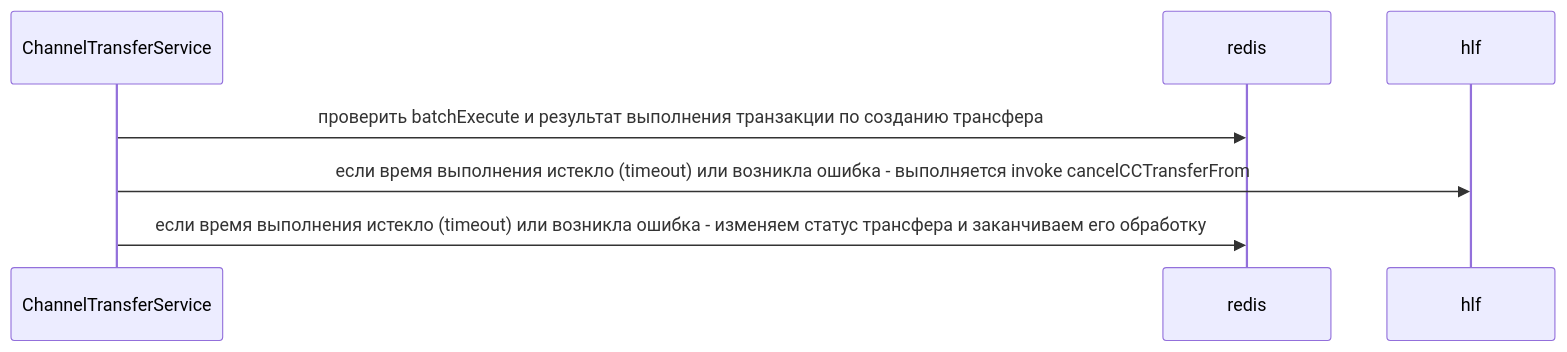
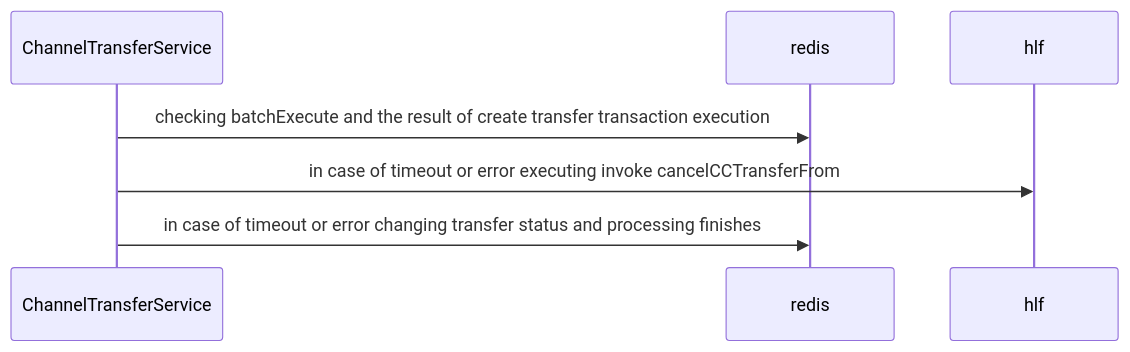
The sixth of 11 diagrams in doc/channelTransferService.md (anoideaopen/channel-transfer), drawn with Mermaid before and after one commit. The commit also changed other lines of this file and 71 other files, not shown here.

````diff
--- a/doc/channelTransferService.md
+++ b/doc/channelTransferService.md
@@ -69,7 +70,7 @@
 ```mermaid
 sequenceDiagram
-    ChannelTransferService ->> redis: проверить batchExecute и результат выполнения транзакции по созданию трансфера
-    ChannelTransferService ->> hlf: если время выполнения истекло (timeout) или возникла ошибка - выполняется invoke cancelCCTransferFrom
-    ChannelTransferService ->> redis: если время выполнения истекло (timeout) или возникла ошибка - изменяем статус трансфера и заканчиваем его обработку 
+    ChannelTransferService ->> redis: checking batchExecute and the result of create transfer transaction execution
+    ChannelTransferService ->> hlf: in case of timeout or error executing invoke cancelCCTransferFrom
+    ChannelTransferService ->> redis: in case of timeout or error changing transfer status and processing finishes 
 
 ```
````
